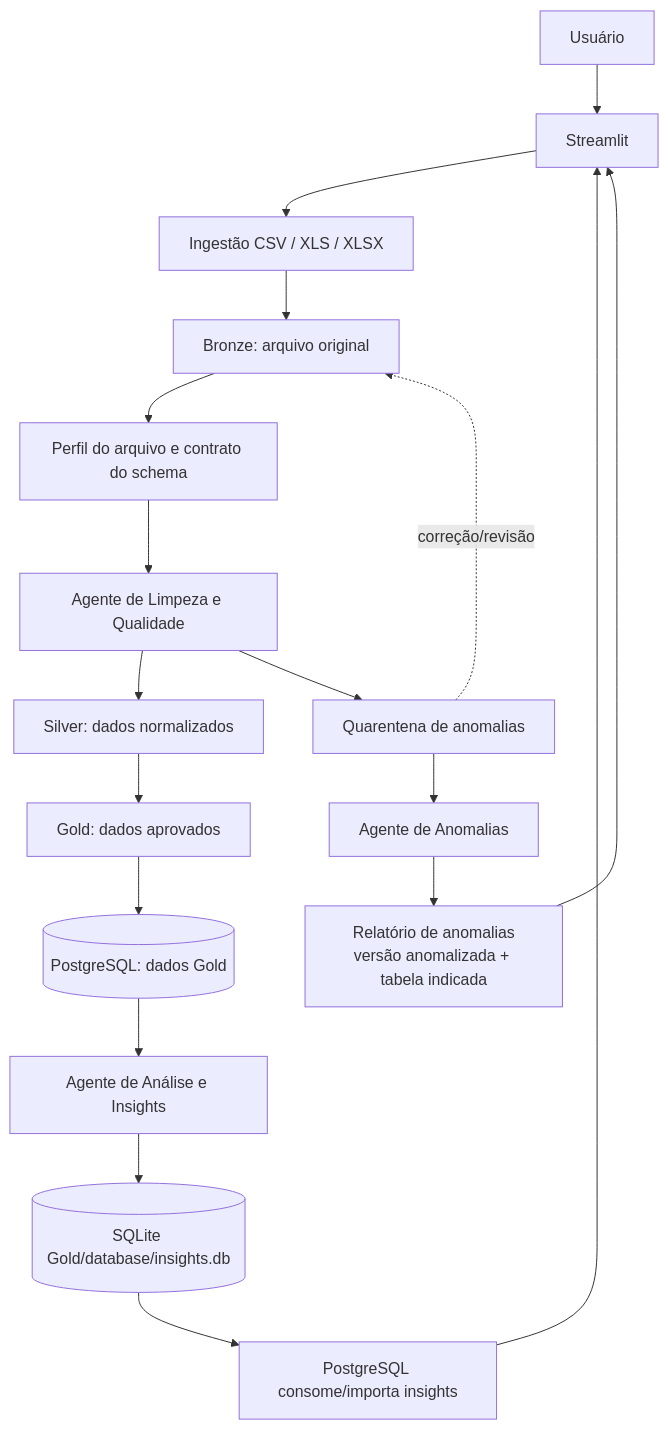
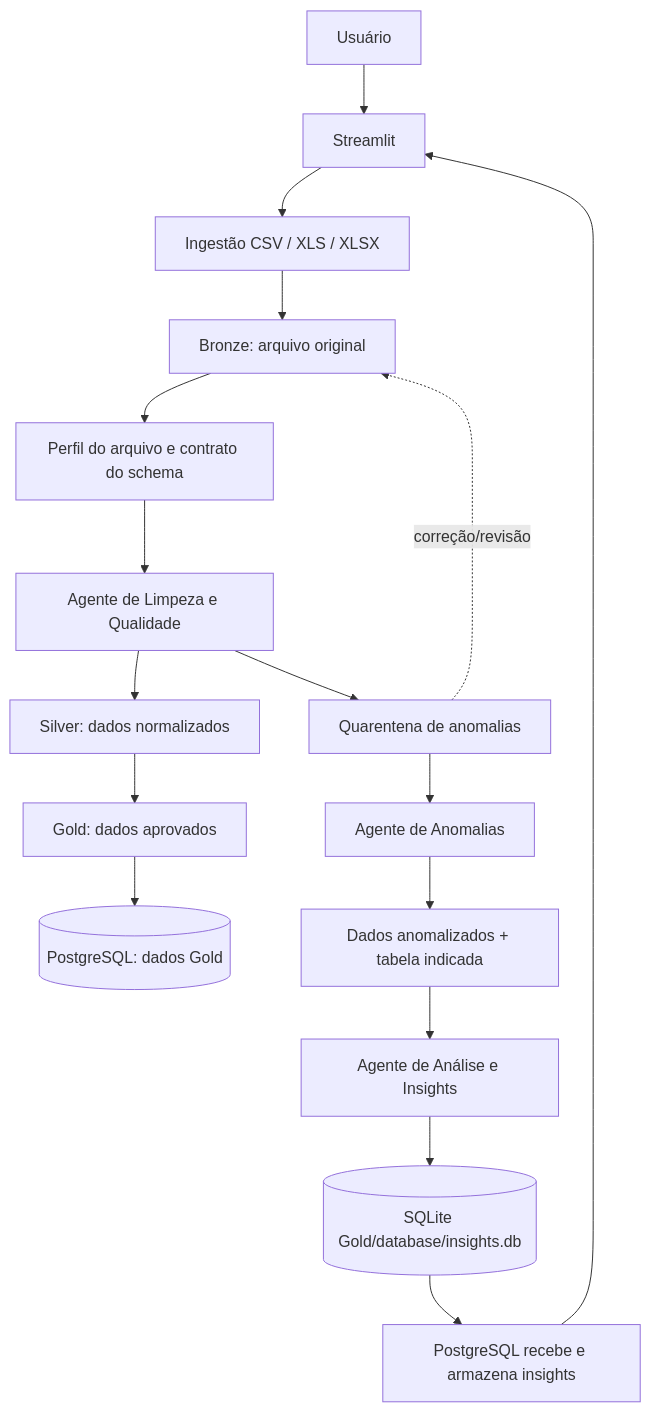
The first of 2 diagrams in README.md (GeorgeLucas1/Pipeline_csv_to_db), drawn with Mermaid before and after one commit. The commit also changed other lines of this file, not shown here.

Commit message:
docs: define insights a partir de dados anomalizados

````diff
--- a/README.md
+++ b/README.md
@@ -31,25 +31,23 @@
 ```mermaid
 graph TD
     U[Usuário] --> ST[Streamlit]
     ST --> IN[Ingestão CSV / XLS / XLSX]
     IN --> B[Bronze: arquivo original]
 
     B --> P[Perfil do arquivo e contrato do schema]
     P --> L[Agente de Limpeza e Qualidade]
     L --> S[Silver: dados normalizados]
     L --> Q[Quarentena de anomalias]
 
     Q --> A[Agente de Anomalias]
-    A --> R[Relatório de anomalias<br/>versão anomalizada + tabela indicada]
-    R --> ST
+    A --> R[Dados anomalizados + tabela indicada]
+    R --> I[Agente de Análise e Insights]
+    I --> INS[(SQLite Gold/database/insights.db)]
+    INS --> PG[PostgreSQL recebe e armazena insights]
+    PG --> ST[Streamlit]
 
     S --> G[Gold: dados aprovados]
     G --> DB[(PostgreSQL: dados Gold)]
 
-    DB --> I[Agente de Análise e Insights]
-    I --> INS[(SQLite Gold/database/insights.db)]
-    INS --> PG[PostgreSQL consome/importa insights]
-    PG --> ST[Streamlit]
-
     Q -. correção/revisão .-> B
 ```
````
